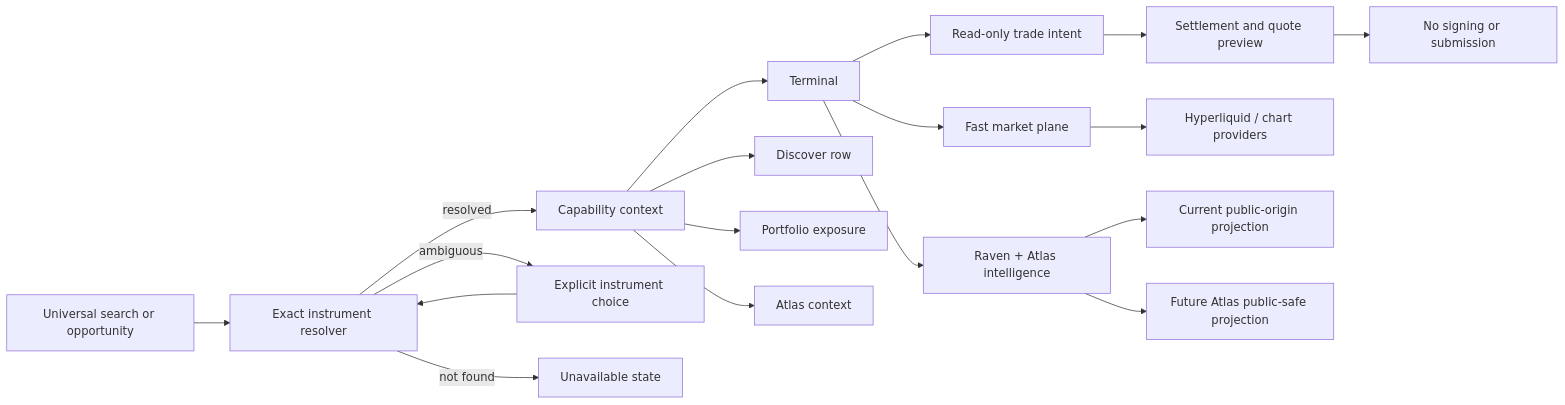
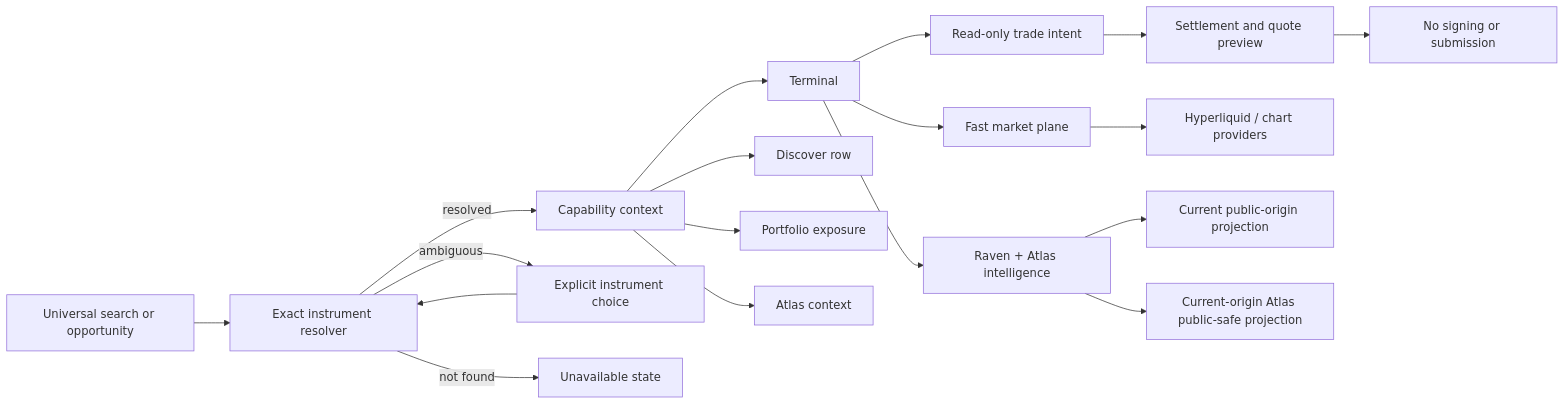
The first of 2 diagrams in docs/ravenos_cross_market_architecture_v1.md (walletbehavior/ravenos-public), drawn with Mermaid before and after one commit. The commit also changed other lines of this file and 116 other files, not shown here.

````diff
--- a/docs/ravenos_cross_market_architecture_v1.md
+++ b/docs/ravenos_cross_market_architecture_v1.md
@@ -38,23 +38,23 @@
 ```mermaid
 flowchart LR
   Q[Universal search or opportunity] --> R[Exact instrument resolver]
   R -->|resolved| C[Capability context]
   R -->|ambiguous| A[Explicit instrument choice]
   R -->|not found| U[Unavailable state]
   A --> R
 
   C --> T[Terminal]
   C --> D[Discover row]
   C --> P[Portfolio exposure]
   C --> X[Atlas context]
 
   T --> M[Fast market plane]
   T --> I[Raven + Atlas intelligence]
   T --> V[Read-only trade intent]
   V --> S[Settlement and quote preview]
   S --> N[No signing or submission]
 
   M --> H[Hyperliquid / chart providers]
   I --> O[Current public-origin projection]
-  I --> AP[Future Atlas public-safe projection]
+  I --> AP[Current-origin Atlas public-safe projection]
 ```
````
